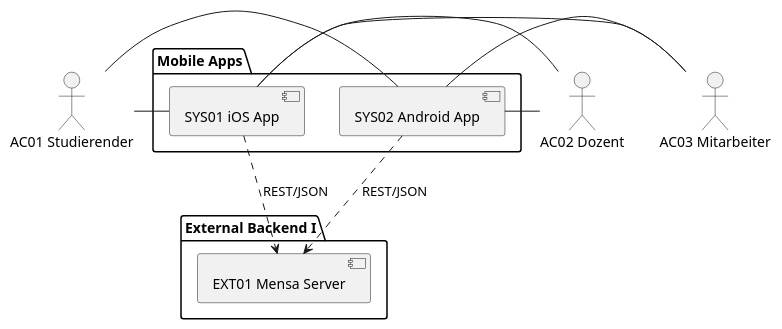
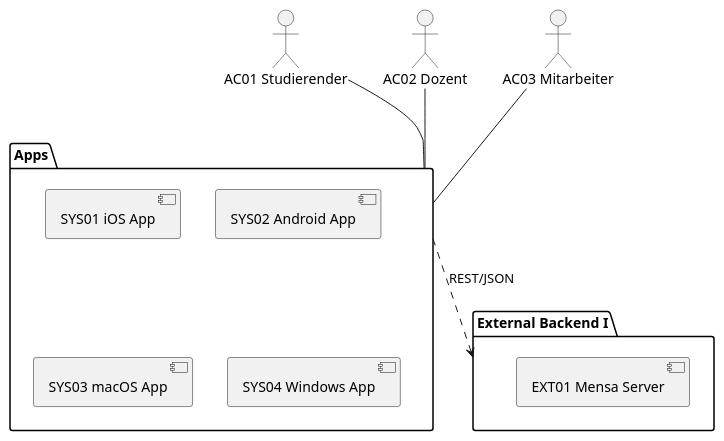
The diagram in KontextAlternativ.pu (RobinNunkesser/plantuml), drawn with PlantUML before and after one commit. The commit also changed 1 other file, not shown here.

```diff
--- a/KontextAlternativ.pu
+++ b/KontextAlternativ.pu
@@ -1,25 +1,22 @@
 @startuml
 
 actor :AC01 Studierender: as AC01
 actor :AC02 Dozent: as AC02
 actor :AC03 Mitarbeiter: as AC03
 
-package "Mobile Apps" {
+package "Apps" as PAC01 {
   component [SYS01 iOS App] as SYS03
   component [SYS02 Android App] as SYS04
+  component [SYS03 macOS App] as SYS07
+  component [SYS04 Windows App] as SYS08
 }
 
-package "External Backend I" {
-  component [EXT01 Mensa Server] as SYS06
+package "External Backend I" as PAC03 {
+  component [EXT01 Mensa Server] as SYS05
 }
  
-AC01 - SYS03
-AC01 - SYS04
-AC02 - SYS03
-AC02 - SYS04
-AC03 - SYS03
-AC03 - SYS04
-SYS03 ..> SYS06 : REST/JSON
-SYS04 ..> SYS06 : REST/JSON
-
+AC01 -- PAC01
+AC02 -- PAC01
+AC03 -- PAC01
+PAC01 ..> PAC03 : REST/JSON
 @enduml
```
